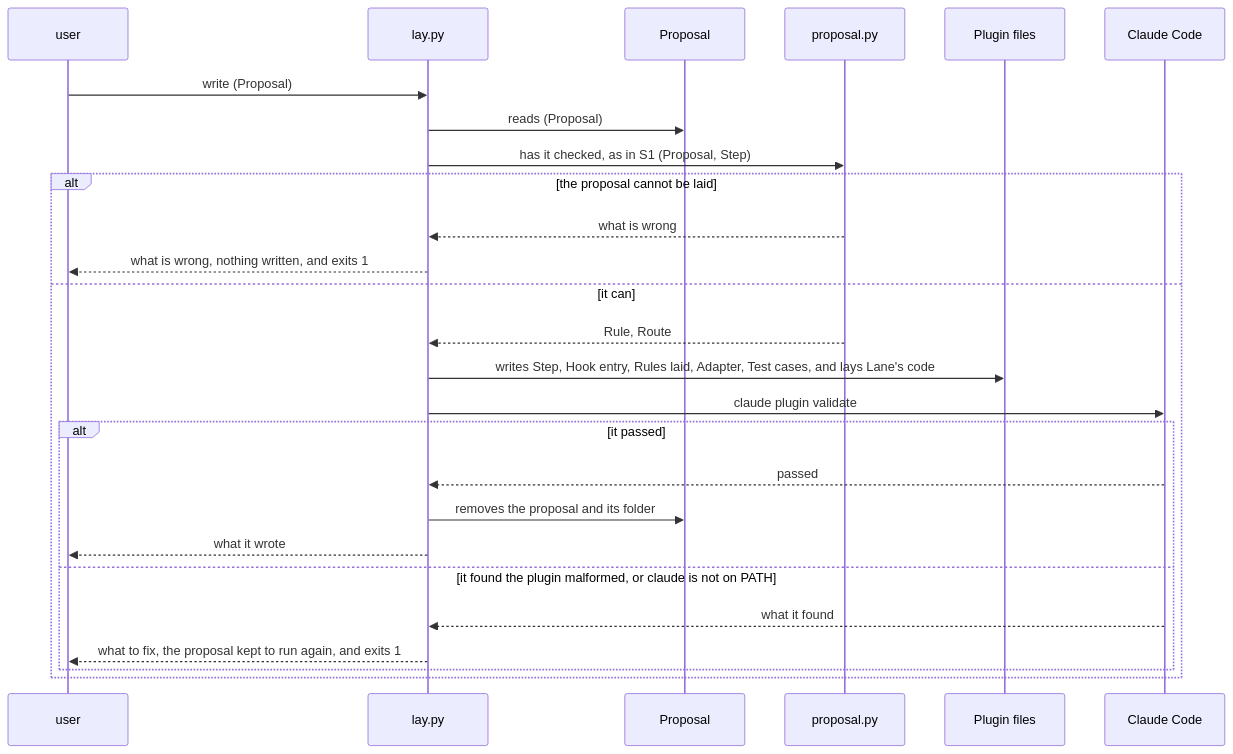
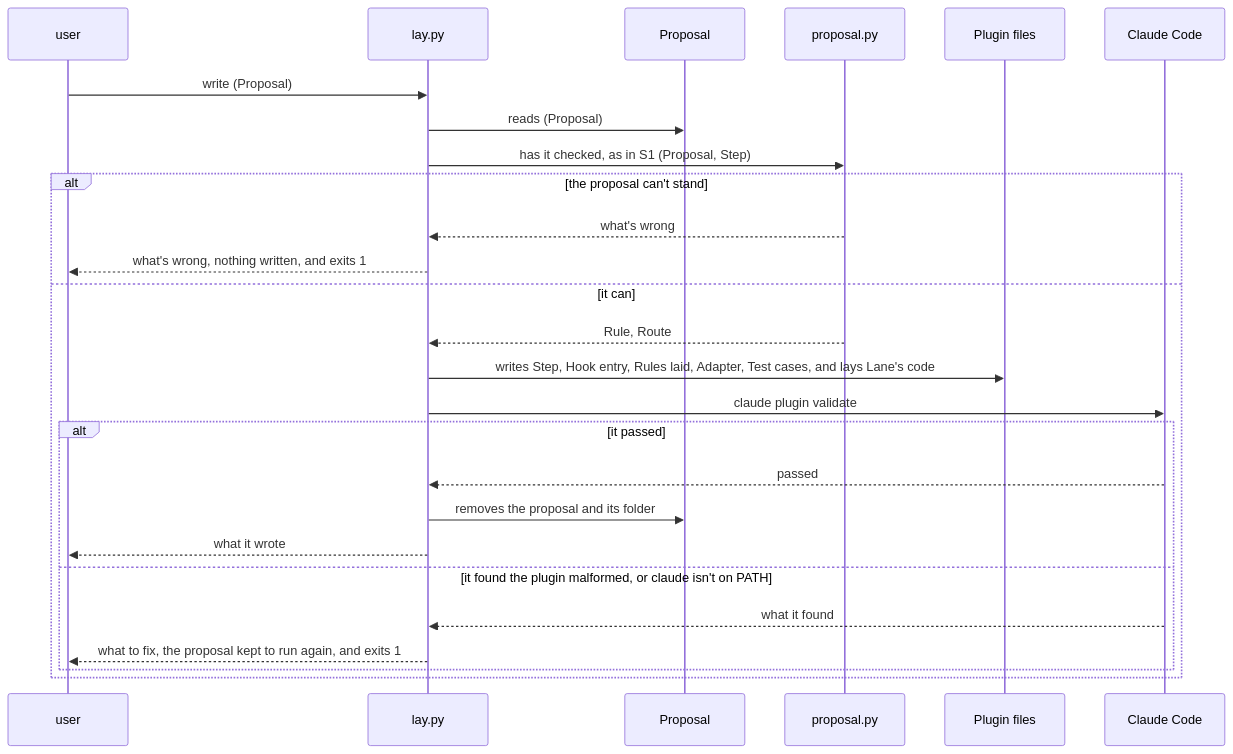
Before and after one commit to lovaizu/ccpm: the second of 7 diagrams in dev/lane/architecture.md, drawn with Mermaid. The commit also changed other lines of this file and 7 other files, not shown here.

````diff
--- a/dev/lane/architecture.md
+++ b/dev/lane/architecture.md
@@ -366,28 +462,28 @@
 ```mermaid
 sequenceDiagram
   participant U as user
   participant L as lay.py
   participant PS as Proposal
   participant P as proposal.py
   participant PF as Plugin files
   participant CC as Claude Code
   U->>L: write (Proposal)
   L->>PS: reads (Proposal)
   L->>P: has it checked, as in S1 (Proposal, Step)
-  alt the proposal cannot be laid
-    P-->>L: what is wrong
-    L-->>U: what is wrong, nothing written, and exits 1
+  alt the proposal can't stand
+    P-->>L: what's wrong
+    L-->>U: what's wrong, nothing written, and exits 1
   else it can
     P-->>L: Rule, Route
     L->>PF: writes Step, Hook entry, Rules laid, Adapter, Test cases, and lays Lane's code
     L->>CC: claude plugin validate
     alt it passed
       CC-->>L: passed
       L->>PS: removes the proposal and its folder
       L-->>U: what it wrote
-    else it found the plugin malformed, or claude is not on PATH
+    else it found the plugin malformed, or claude isn't on PATH
       CC-->>L: what it found
       L-->>U: what to fix, the proposal kept to run again, and exits 1
     end
   end
 ```
````
